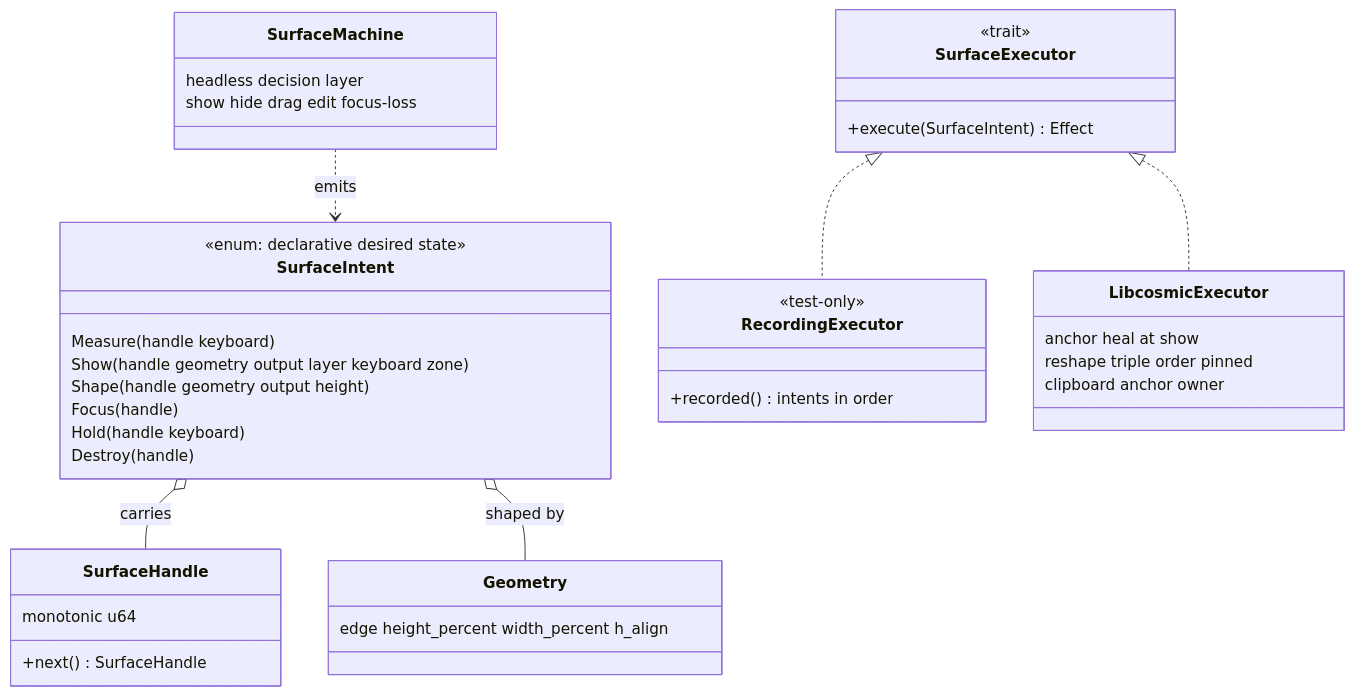
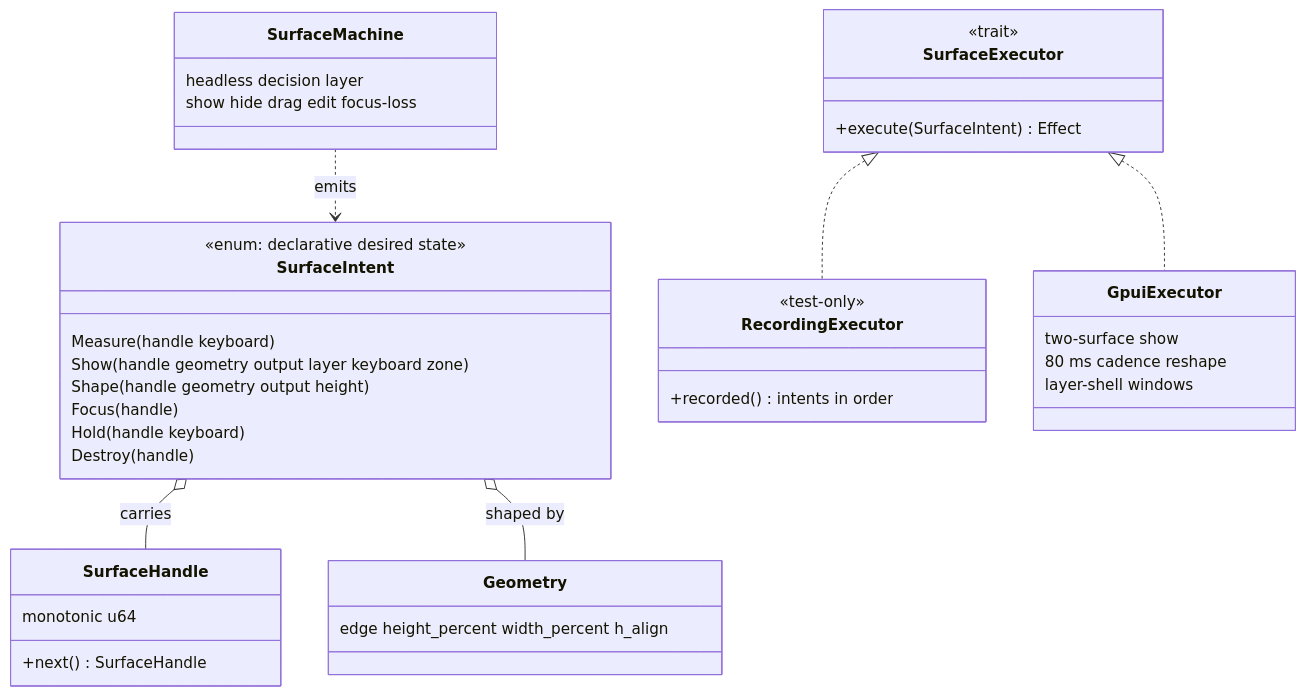
One commit to l1br3-io/cosmic-ext-dropterm changed the second of 2 diagrams in docs/architecture.md. Above: the diagram before and after it, drawn with Mermaid. The commit also changed other lines of this file and 5 other files, not shown here.

````diff
--- a/docs/architecture.md
+++ b/docs/architecture.md
@@ -112,41 +113,41 @@
 ```mermaid
 classDiagram
     class SurfaceHandle {
         monotonic u64
         +next() SurfaceHandle
     }
     class SurfaceIntent {
         <<enum: declarative desired state>>
         Measure(handle keyboard)
         Show(handle geometry output layer keyboard zone)
         Shape(handle geometry output height)
         Focus(handle)
         Hold(handle keyboard)
         Destroy(handle)
     }
     class SurfaceExecutor {
         <<trait>>
         +execute(SurfaceIntent) Effect
     }
     class RecordingExecutor {
         <<test-only>>
         +recorded() intents in order
     }
-    class LibcosmicExecutor {
-        anchor heal at show
-        reshape triple order pinned
-        clipboard anchor owner
+    class GpuiExecutor {
+        two-surface show
+        80 ms cadence reshape
+        layer-shell windows
     }
     class SurfaceMachine {
         headless decision layer
         show hide drag edit focus-loss
     }
     class Geometry {
         edge height_percent width_percent h_align
     }
     SurfaceExecutor <|.. RecordingExecutor
-    SurfaceExecutor <|.. LibcosmicExecutor
+    SurfaceExecutor <|.. GpuiExecutor
     SurfaceMachine ..> SurfaceIntent : emits
     SurfaceIntent o-- SurfaceHandle : carries
     SurfaceIntent o-- Geometry : shaped by
 ```
````
